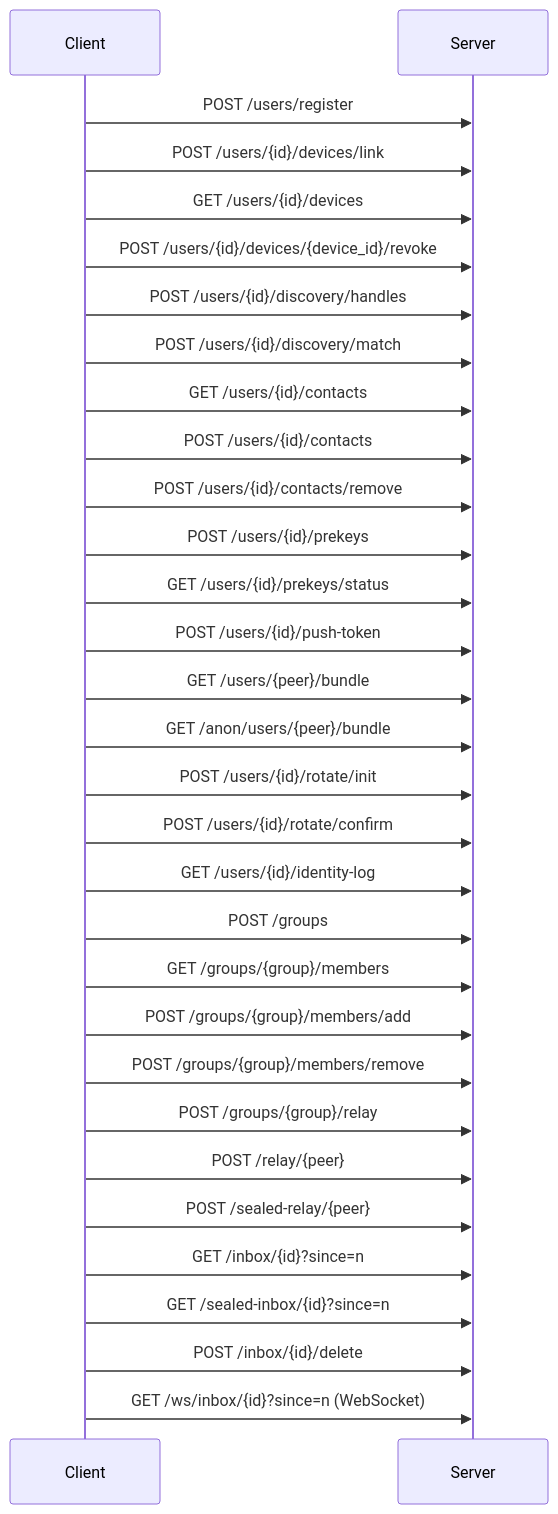
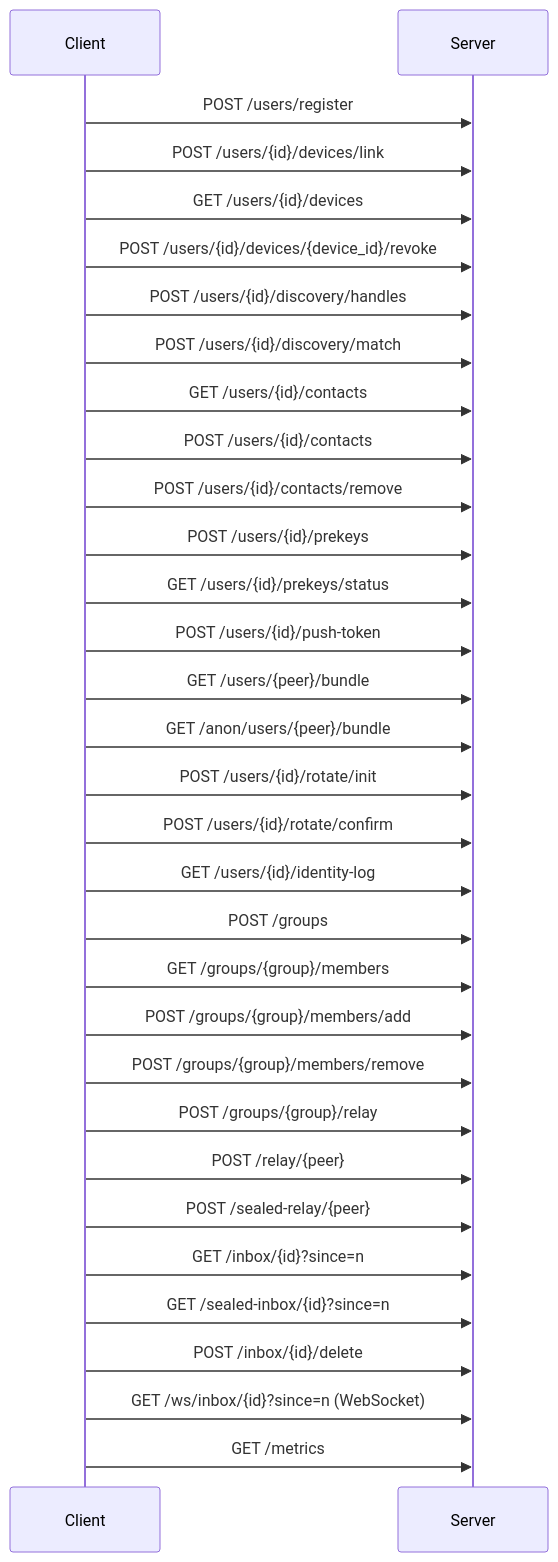
One commit to ErenAri/post-quantum-messaging-app changed the first of 2 diagrams in docs/API.md. Above: the diagram before and after it, drawn with Mermaid. The commit also changed other lines of this file and 19 other files, not shown here.

````diff
--- a/docs/API.md
+++ b/docs/API.md
@@ -14,33 +14,34 @@
 ```mermaid
 sequenceDiagram
     participant C as Client
     participant S as Server
     C->>S: POST /users/register
     C->>S: POST /users/{id}/devices/link
     C->>S: GET /users/{id}/devices
     C->>S: POST /users/{id}/devices/{device_id}/revoke
     C->>S: POST /users/{id}/discovery/handles
     C->>S: POST /users/{id}/discovery/match
     C->>S: GET /users/{id}/contacts
     C->>S: POST /users/{id}/contacts
     C->>S: POST /users/{id}/contacts/remove
     C->>S: POST /users/{id}/prekeys
     C->>S: GET /users/{id}/prekeys/status
     C->>S: POST /users/{id}/push-token
     C->>S: GET /users/{peer}/bundle
     C->>S: GET /anon/users/{peer}/bundle
     C->>S: POST /users/{id}/rotate/init
     C->>S: POST /users/{id}/rotate/confirm
     C->>S: GET /users/{id}/identity-log
     C->>S: POST /groups
     C->>S: GET /groups/{group}/members
     C->>S: POST /groups/{group}/members/add
     C->>S: POST /groups/{group}/members/remove
     C->>S: POST /groups/{group}/relay
     C->>S: POST /relay/{peer}
     C->>S: POST /sealed-relay/{peer}
     C->>S: GET /inbox/{id}?since=n
     C->>S: GET /sealed-inbox/{id}?since=n
     C->>S: POST /inbox/{id}/delete
     C->>S: GET /ws/inbox/{id}?since=n (WebSocket)
+    C->>S: GET /metrics
 ```
````
